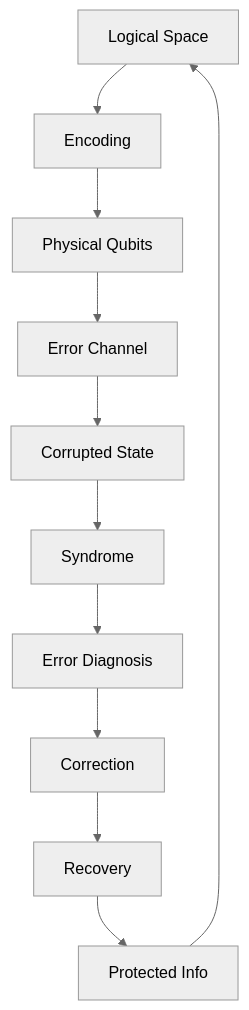
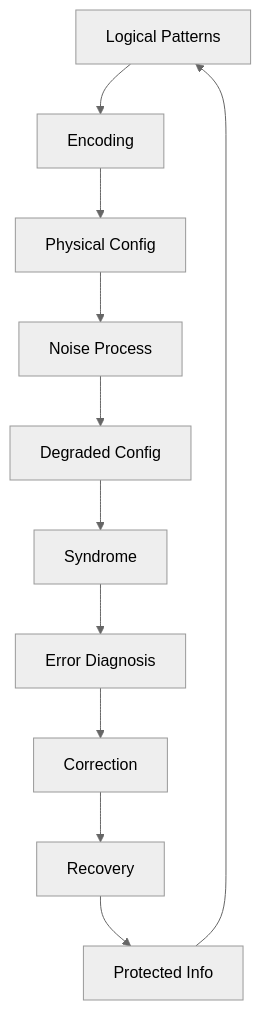
The first of 2 diagrams in docs/psi-structum/book-1-collapse-ontology/part-04-quantum-gravity/chapter-056-quantum-error-correction.md (loning/the-phys), drawn with Mermaid (neutral theme) before and after one commit. The commit also changed other lines of this file and 19 other files, not shown here.

````diff
--- a/docs/psi-structum/book-1-collapse-ontology/part-04-quantum-gravity/chapter-056-quantum-error-correction.md
+++ b/docs/psi-structum/book-1-collapse-ontology/part-04-quantum-gravity/chapter-056-quantum-error-correction.md
@@ -74,13 +84,13 @@
 ```mermaid
 graph TD
-    A[Logical Space] --> B[Encoding]
-    B --> C[Physical Qubits]
-    C --> D[Error Channel]
-    D --> E[Corrupted State]
+    A[Logical Patterns] --> B[Encoding]
+    B --> C[Physical Config]
+    C --> D[Noise Process]
+    D --> E[Degraded Config]
     E --> F[Syndrome]
     F --> G[Error Diagnosis]
     G --> H[Correction]
     H --> I[Recovery]
     I --> J[Protected Info]
     J --> A
 ```
````
